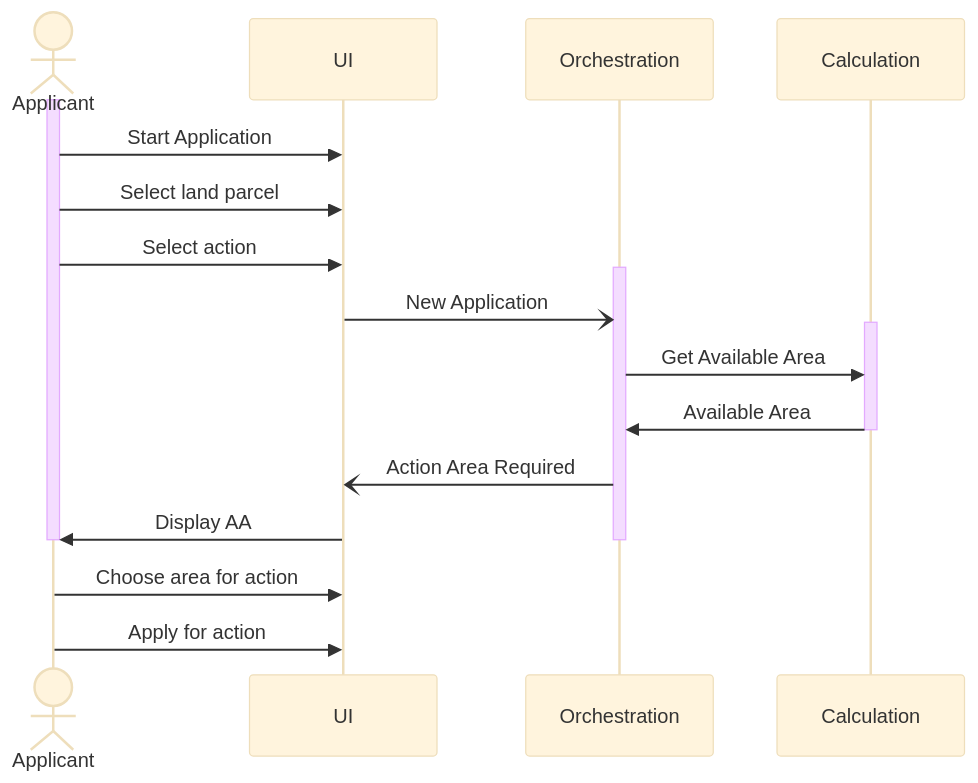
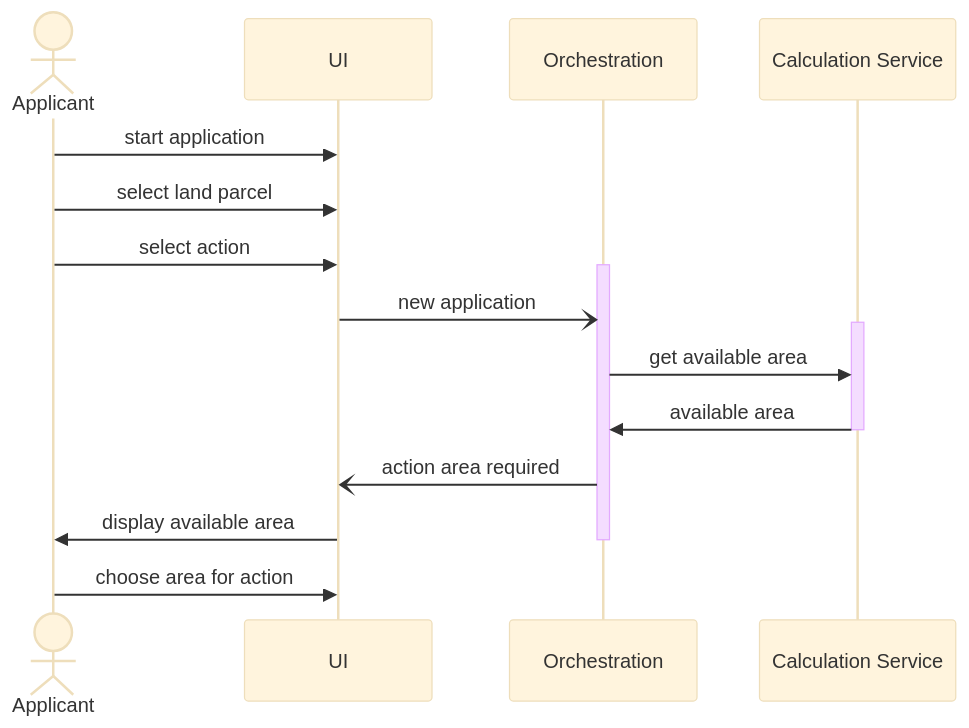
Before and after one commit to DEFRA/ffc-rps-scratchpad: the second of 4 diagrams in architecture.md, drawn with Mermaid (base theme). The commit also changed other lines of this file, not shown here.

Commit message:
sequence diagram tidy up

````diff
--- a/architecture.md
+++ b/architecture.md
@@ -32,24 +32,21 @@
 ```mermaid
 sequenceDiagram
-actor Applicant
-participant UI
-participant Orchestration
-participant Calculation
-activate Applicant
-Applicant->>UI: Start Application
-Applicant->>UI: Select land parcel
-Applicant->>UI: Select action 
-activate Orchestration
-UI-)Orchestration: New Application
-activate Calculation
-Orchestration->>Calculation: Get Available Area
-Calculation->>Orchestration: Available Area
-deactivate Calculation
-Orchestration-)UI: Action Area Required
-UI->>Applicant: Display AA 
-deactivate Orchestration
-deactivate Applicant
-Applicant->>UI: Choose area for action 
-Applicant->>UI: Apply for action
+actor applicant as Applicant
+participant ui as UI
+participant orchestration as Orchestration
+participant calculation as Calculation Service
 
+applicant->>ui: start application
+applicant->>ui: select land parcel
+applicant->>ui: select action 
+activate orchestration
+ui-)orchestration: new application
+activate calculation
+orchestration->>calculation: get available area
+calculation->>orchestration: available area
+deactivate calculation
+orchestration-)ui: action area required
+ui->>applicant: display available area 
+deactivate orchestration
+applicant->>ui: choose area for action 
 ```
````
